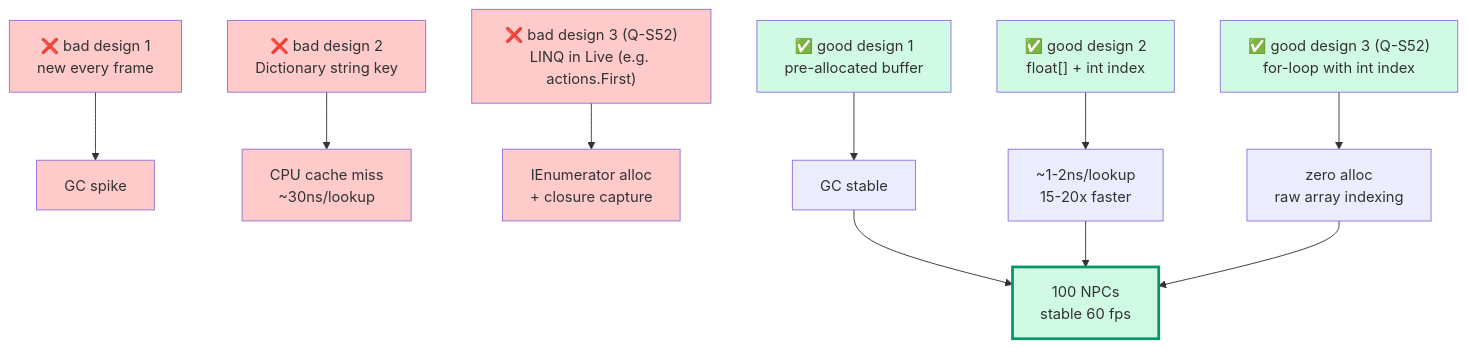
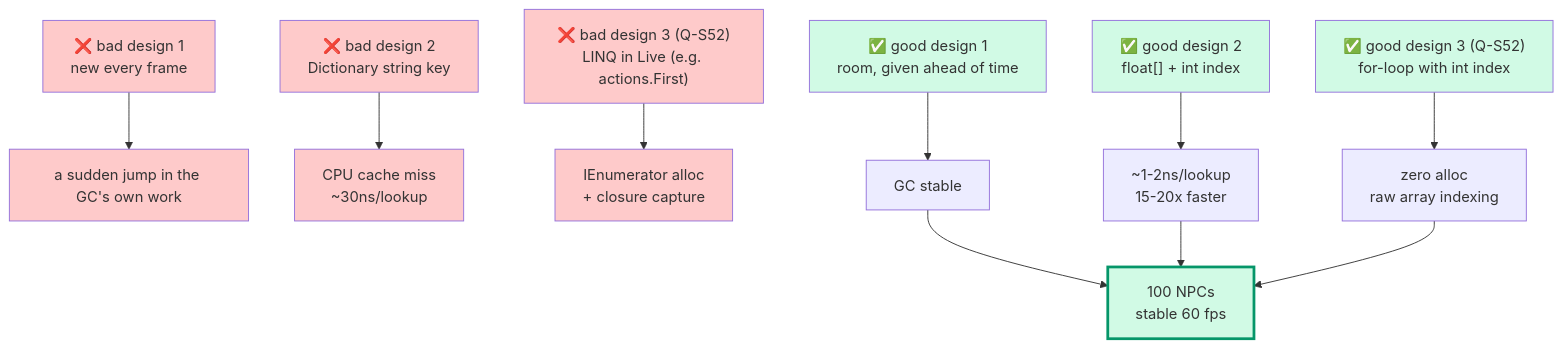
Diagram 39 of 56 in docs/animo_spec.md (hiroxpepe/animo), drawn with Mermaid before and after one commit. The commit also changed other lines of this file, not shown here.

Commit message:
fix: Update the mermaid diagram text to fit Basic English

````diff
--- a/docs/animo_spec.md
+++ b/docs/animo_spec.md
@@ -2244,26 +2244,26 @@
 ```mermaid
 flowchart TB
   Bad1["❌ bad design 1<br/>new every frame"]
   Bad2["❌ bad design 2<br/>Dictionary string key"]
   Bad3["❌ bad design 3 (Q-S52)<br/>LINQ in Live (e.g. actions.First)"]
-  Good1["✅ good design 1<br/>pre-allocated buffer"]
+  Good1["✅ good design 1<br/>room, given ahead of time"]
   Good2["✅ good design 2<br/>float[] + int index"]
   Good3["✅ good design 3 (Q-S52)<br/>for-loop with int index"]
-  Bad1 --> GC["GC spike"]
+  Bad1 --> GC["a sudden jump in the GC's own work"]
   Bad2 --> Cache["CPU cache miss<br/>~30ns/lookup"]
   Bad3 --> EnumAlloc["IEnumerator alloc<br/>+ closure capture"]
   Good1 --> Stable1["GC stable"]
   Good2 --> Fast["~1-2ns/lookup<br/>15-20x faster"]
   Good3 --> ZeroAlloc["zero alloc<br/>raw array indexing"]
   Stable1 & Fast & ZeroAlloc --> Final["100 NPCs<br/>stable 60 fps"]
   style Bad1 fill:#fecaca
   style Bad2 fill:#fecaca
   style Bad3 fill:#fecaca
   style GC fill:#fecaca
   style Cache fill:#fecaca
   style EnumAlloc fill:#fecaca
   style Good1 fill:#d1fae5
   style Good2 fill:#d1fae5
   style Good3 fill:#d1fae5
   style Final fill:#d1fae5,stroke:#059669,stroke-width:3px
 ```
````
